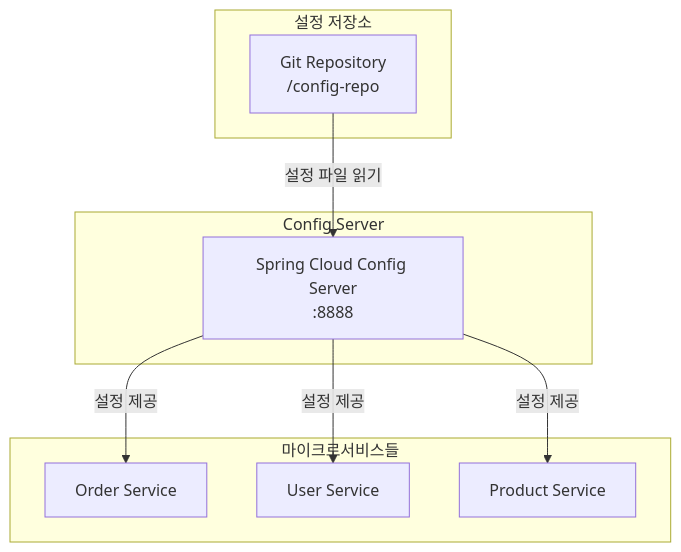
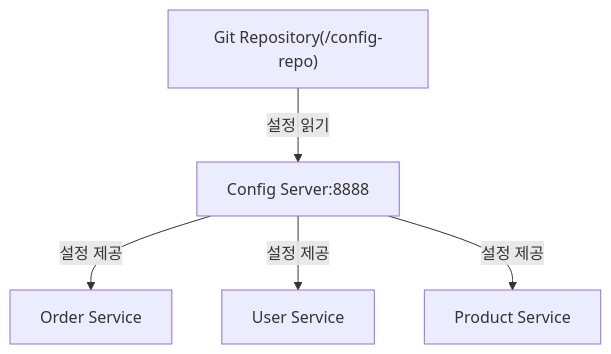
The first of 2 diagrams in _posts/spring/2026-05-01-spring-config.md (yjkim2015/yjkim2015.github.io), drawn with Mermaid before and after one commit. The commit also changed other lines of this file and 215 other files, not shown here.

First line of the commit message:
신규 포스트 10개 추가 + Mermaid 전면 축소 + SystemDesign 시리즈 보강

````diff
--- a/_posts/spring/2026-05-01-spring-config.md
+++ b/_posts/spring/2026-05-01-spring-config.md
@@ -23,21 +23,7 @@
 ```mermaid
 graph TD
-    subgraph "설정 저장소"
-        GIT["Git Repository\n/config-repo"]
-    end
-
-    subgraph "Config Server"
-        CS["Spring Cloud Config Server\n:8888"]
-    end
-
-    subgraph "마이크로서비스들"
-        OS["Order Service"]
-        US["User Service"]
-        PS["Product Service"]
-    end
-
-    GIT -->|"설정 파일 읽기"| CS
-    CS -->|"설정 제공"| OS
-    CS -->|"설정 제공"| US
-    CS -->|"설정 제공"| PS
+    GIT["Git Repository(/config-repo)"] -->|"설정 읽기"| CS["Config Server:8888"]
+    CS -->|"설정 제공"| OS["Order Service"]
+    CS -->|"설정 제공"| US["User Service"]
+    CS -->|"설정 제공"| PS["Product Service"]
 ```
````
